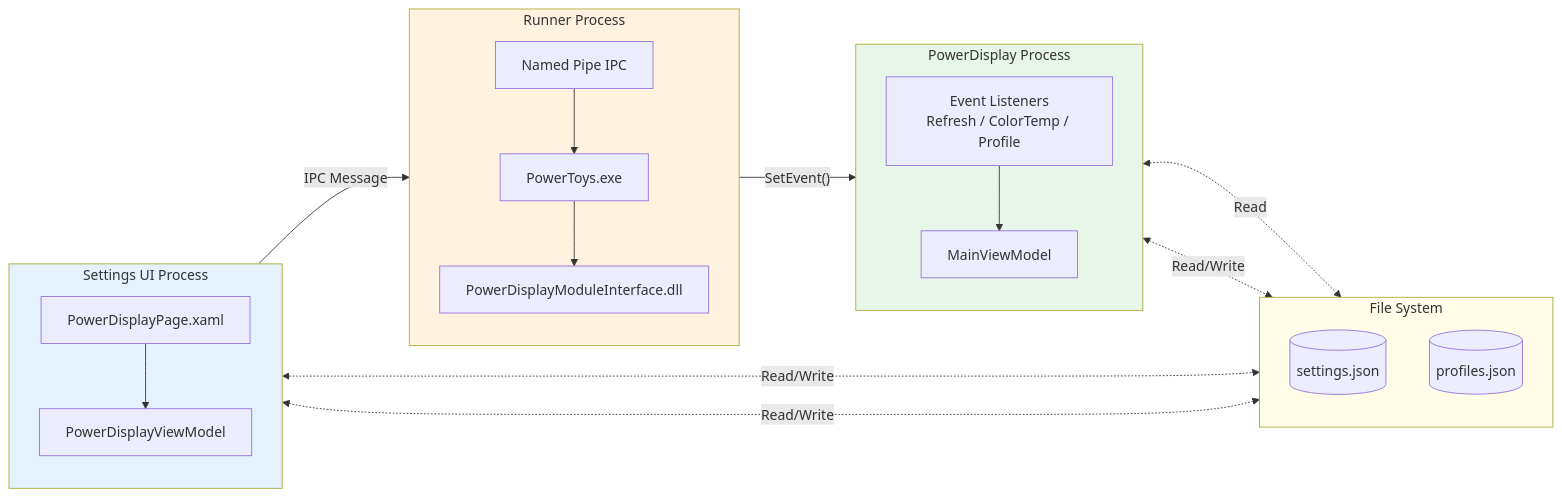
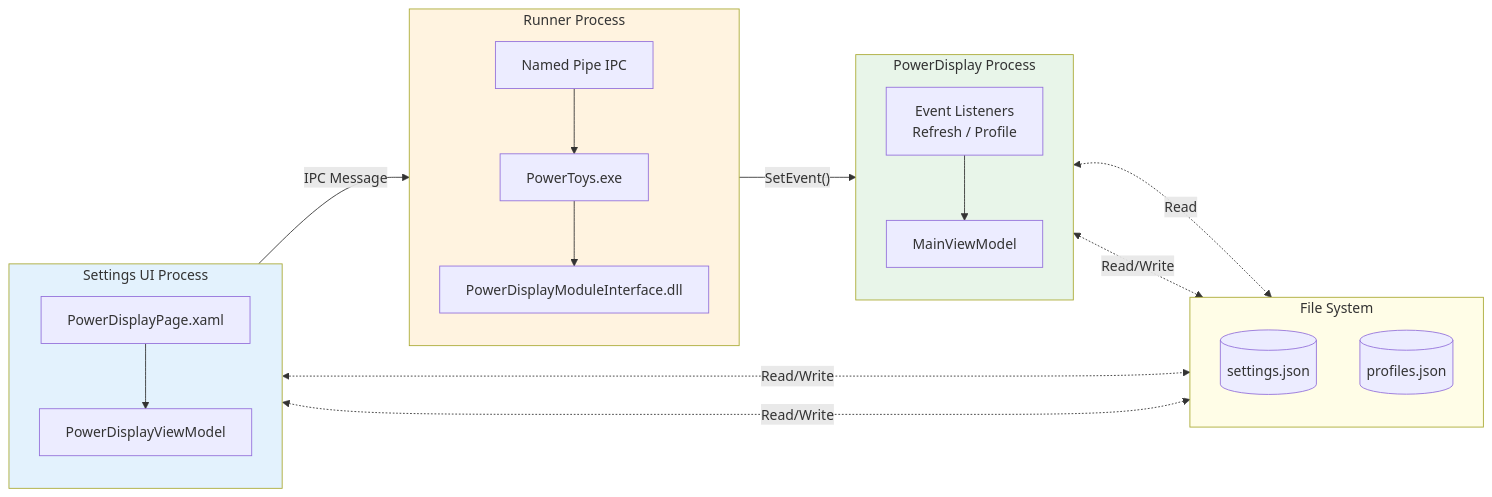
Before and after one commit to microsoft/PowerToys: diagram 12 of 23 in doc/devdocs/modules/powerdisplay/design.md, drawn with Mermaid. The commit also changed other lines of this file and 23 other files, not shown here.

````diff
--- a/doc/devdocs/modules/powerdisplay/design.md
+++ b/doc/devdocs/modules/powerdisplay/design.md
@@ -998,45 +998,45 @@
 ```mermaid
 flowchart LR
     subgraph SettingsUI["Settings UI Process"]
         direction TB
         Page["PowerDisplayPage.xaml"]
         VM["PowerDisplayViewModel"]
         Page --> VM
     end
 
     subgraph Runner["Runner Process"]
         direction TB
         Exe["PowerToys.exe"]
         Pipe["Named Pipe IPC"]
         Module["PowerDisplayModuleInterface.dll"]
         Pipe --> Exe --> Module
     end
 
     subgraph PDApp["PowerDisplay Process"]
         direction TB
         MainVM["MainViewModel"]
-        Events["Event Listeners<br/>Refresh / ColorTemp / Profile"]
+        Events["Event Listeners<br/>Refresh / Profile"]
         Events --> MainVM
     end
 
     subgraph Storage["File System"]
         direction TB
         Settings[("settings.json")]
         Profiles[("profiles.json")]
     end
 
     %% Main flow: Settings UI → Runner → PowerDisplay
     VM -->|"IPC Message"| Pipe
     Module -->|"SetEvent()"| Events
 
     %% File access
     VM <-.->|"Read/Write"| Settings
     VM <-.->|"Read/Write"| Profiles
     MainVM <-.->|"Read"| Settings
     MainVM <-.->|"Read/Write"| Profiles
 
     style SettingsUI fill:#e3f2fd
     style Runner fill:#fff3e0
     style PDApp fill:#e8f5e9
     style Storage fill:#fffde7
 ```
````
